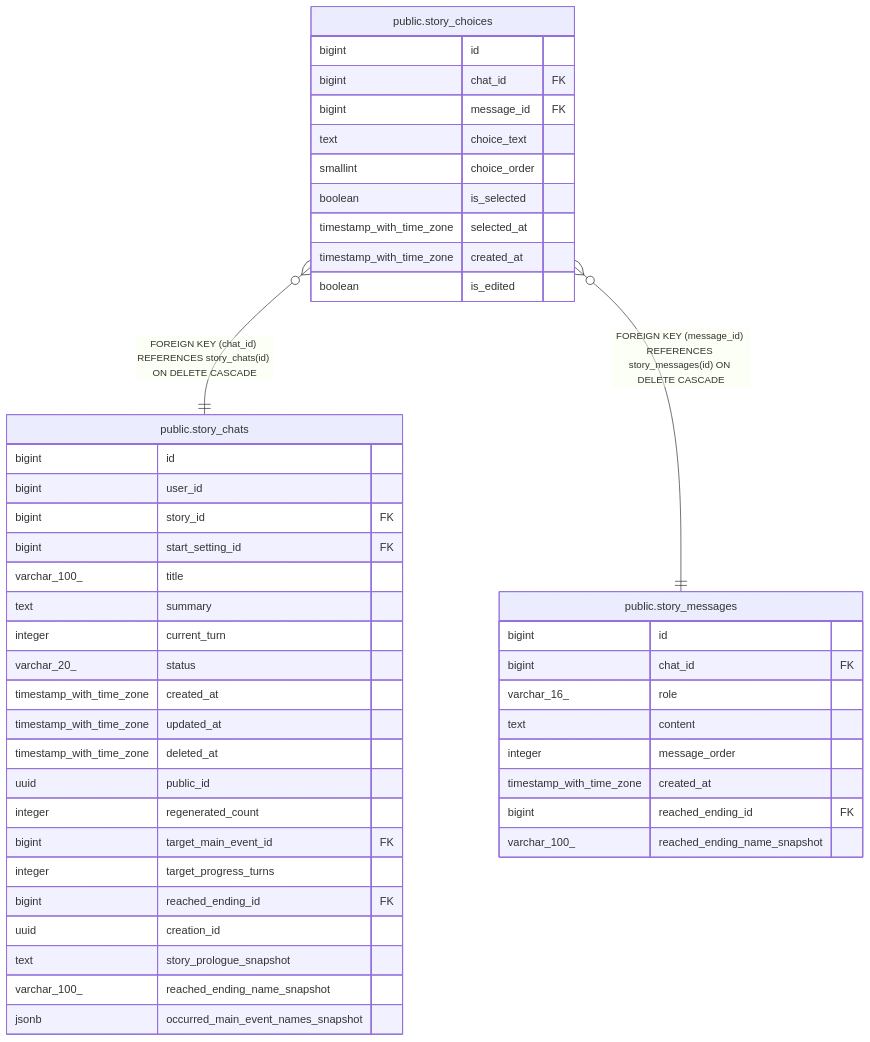
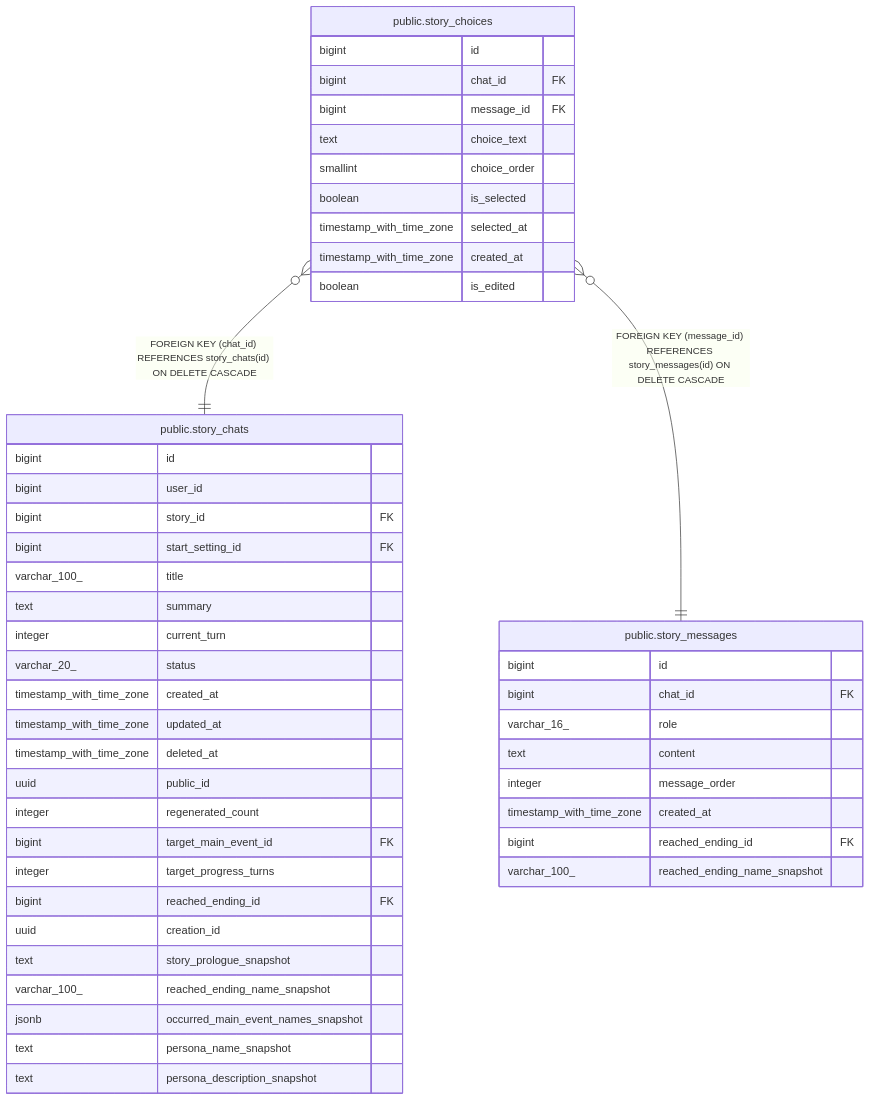
Before and after one commit to KIM-N-KANG/manyak-server: the diagram in dbdoc/public.story_choices.md, drawn with Mermaid. The commit also changed 76 other files, not shown here.

````diff
--- a/dbdoc/public.story_choices.md
+++ b/dbdoc/public.story_choices.md
@@ -38,50 +38,52 @@
 ```mermaid
 erDiagram
 
 "public.story_choices" }o--|| "public.story_chats" : "FOREIGN KEY (chat_id) REFERENCES story_chats(id) ON DELETE CASCADE"
 "public.story_choices" }o--|| "public.story_messages" : "FOREIGN KEY (message_id) REFERENCES story_messages(id) ON DELETE CASCADE"
 
 "public.story_choices" {
   bigint id
   bigint chat_id FK
   bigint message_id FK
   text choice_text
   smallint choice_order
   boolean is_selected
   timestamp_with_time_zone selected_at
   timestamp_with_time_zone created_at
   boolean is_edited
 }
 "public.story_chats" {
   bigint id
   bigint user_id
   bigint story_id FK
   bigint start_setting_id FK
   varchar_100_ title
   text summary
   integer current_turn
   varchar_20_ status
   timestamp_with_time_zone created_at
   timestamp_with_time_zone updated_at
   timestamp_with_time_zone deleted_at
   uuid public_id
   integer regenerated_count
   bigint target_main_event_id FK
   integer target_progress_turns
   bigint reached_ending_id FK
   uuid creation_id
   text story_prologue_snapshot
   varchar_100_ reached_ending_name_snapshot
   jsonb occurred_main_event_names_snapshot
+  text persona_name_snapshot
+  text persona_description_snapshot
 }
 "public.story_messages" {
   bigint id
   bigint chat_id FK
   varchar_16_ role
   text content
   integer message_order
   timestamp_with_time_zone created_at
   bigint reached_ending_id FK
   varchar_100_ reached_ending_name_snapshot
 }
 ```
````
